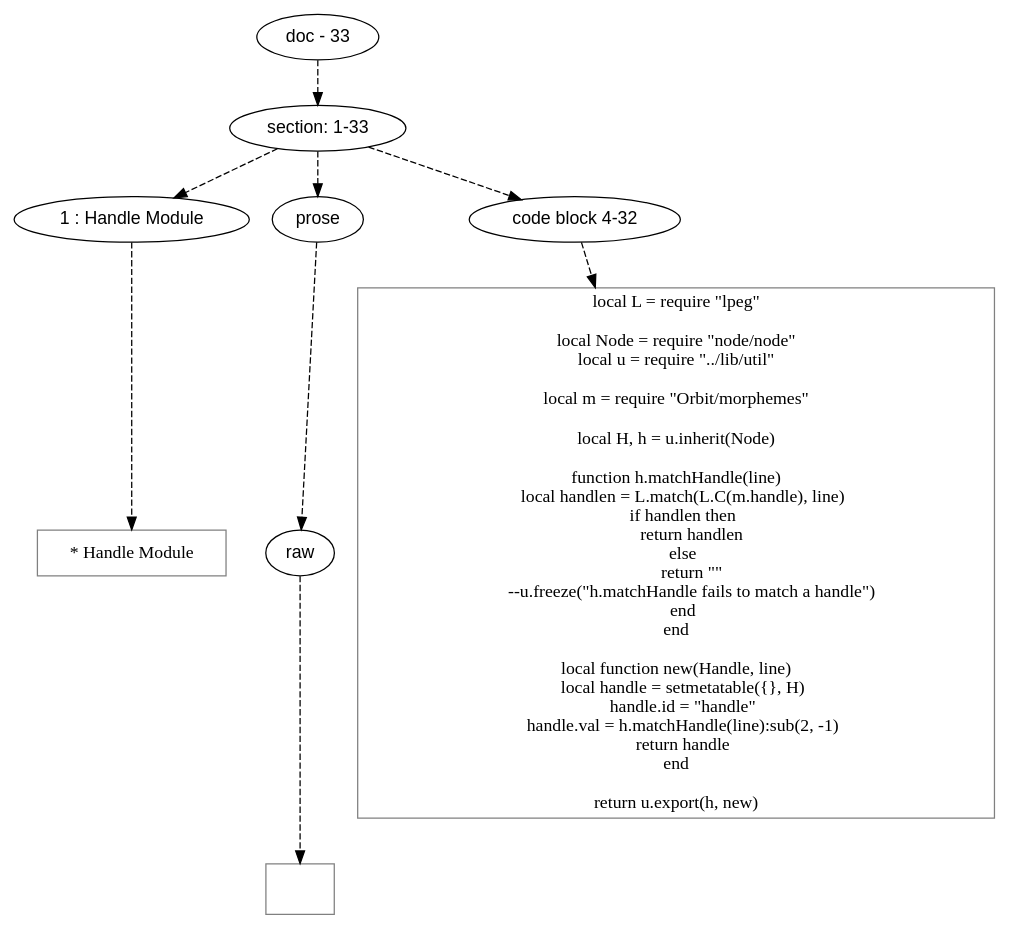
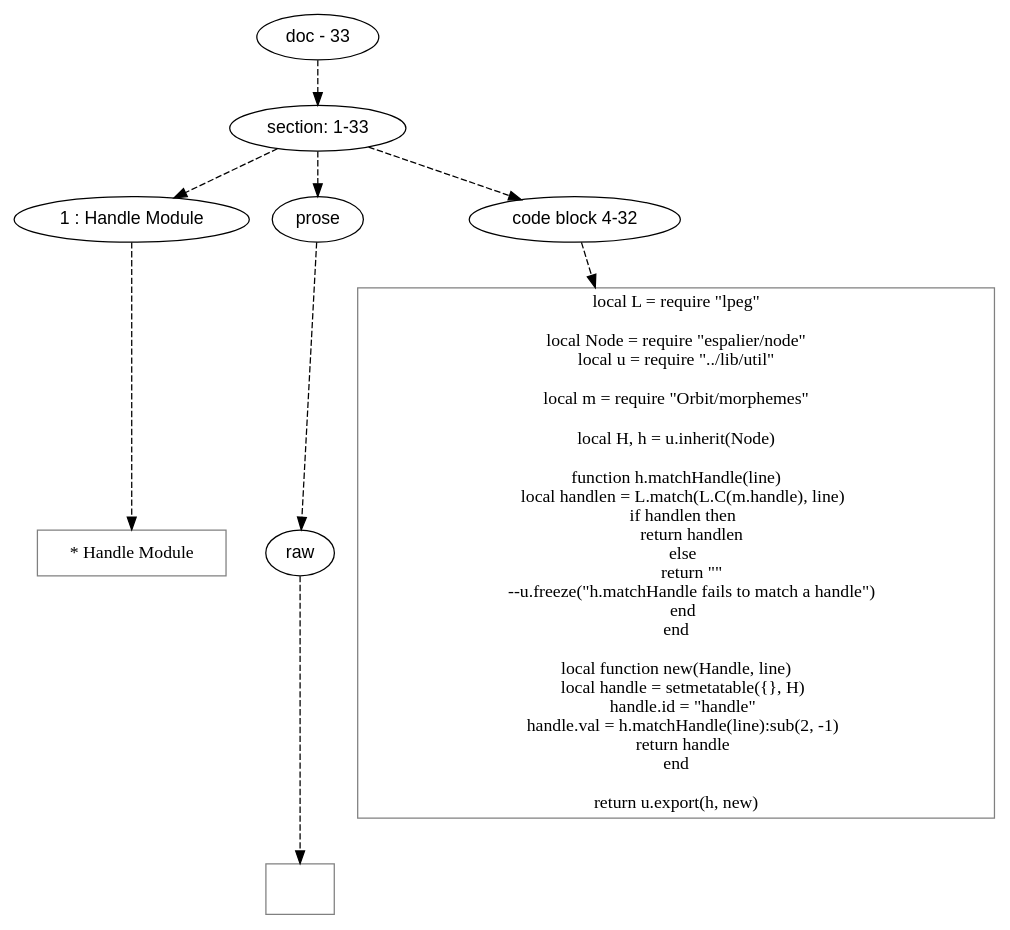
One commit to mnemnion/orb changed the diagram in doc/dot/grym/handle.dot. Above: the diagram before and after it, drawn with Graphviz. The commit also changed 203 other files, not shown here.

Commit message:
Refactor: "node" -> "espalier"

```diff
--- a/doc/dot/grym/handle.dot
+++ b/doc/dot/grym/handle.dot
@@ -1,78 +1,78 @@
 digraph lpegNode {
 
 node [fontname=Helvetica]
 edge [style=dashed]
 
 doc_0 [label="doc - 33"]
 
 
 doc_0 -> { section_1}
 {rank=same; section_1}
 
 section_1 [label="section: 1-33"]
 
 
 // END RANK doc_0
 
 section_1 -> { header_2 prose_3 codeblock_4}
 {rank=same; header_2 prose_3 codeblock_4}
 
 header_2 [label="1 : Handle Module"]
 
 prose_3 [label="prose"]
 
 codeblock_4 [label="code block 4-32"]
 
 
 // END RANK section_1
 
 header_2 -> leaf_5
 leaf_5  [color=Gray,shape=rectangle,fontname=Inconsolata,label=" * Handle Module"]
 // END RANK header_2
 
 prose_3 -> { raw_6}
 {rank=same; raw_6}
 
 raw_6 [label="raw"]
 
 
 // END RANK prose_3
 
 raw_6 -> leaf_7
 leaf_7  [color=Gray,shape=rectangle,fontname=Inconsolata,label="
 
 "]
 // END RANK raw_6
 
 codeblock_4 -> leaf_8
 leaf_8  [color=Gray,shape=rectangle,fontname=Inconsolata,label="local L = require \"lpeg\"
 
-local Node = require \"node/node\"
+local Node = require \"espalier/node\"
 local u = require \"../lib/util\"
 
 local m = require \"Orbit/morphemes\"
 
 local H, h = u.inherit(Node)
 
 function h.matchHandle(line)
     local handlen = L.match(L.C(m.handle), line)
     if handlen then
         return handlen
     else
         return \"\"
         --u.freeze(\"h.matchHandle fails to match a handle\")
     end
 end
 
 local function new(Handle, line)
     local handle = setmetatable({}, H)
     handle.id = \"handle\"
     handle.val = h.matchHandle(line):sub(2, -1)
     return handle
 end
 
 return u.export(h, new)"]
 // END RANK codeblock_4
 
 
 }
```
